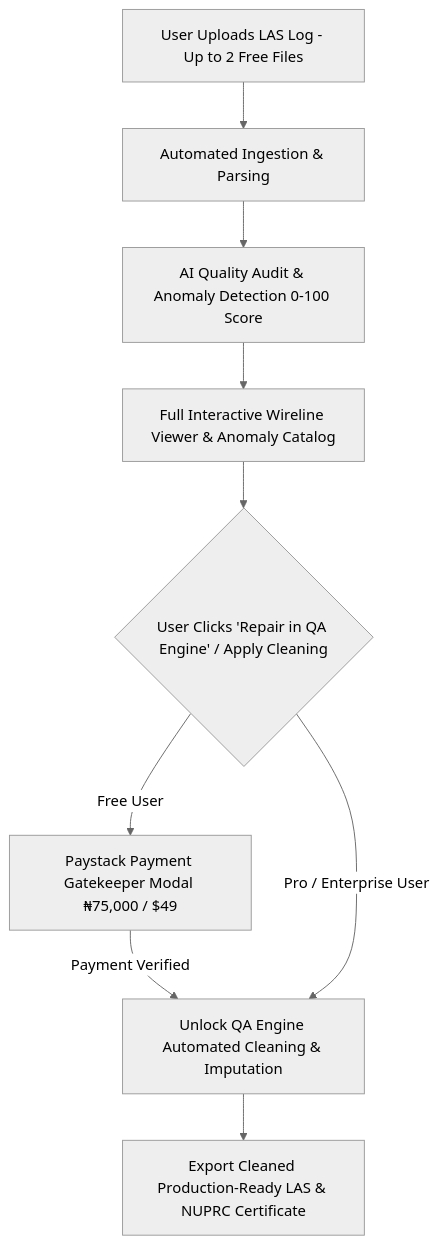
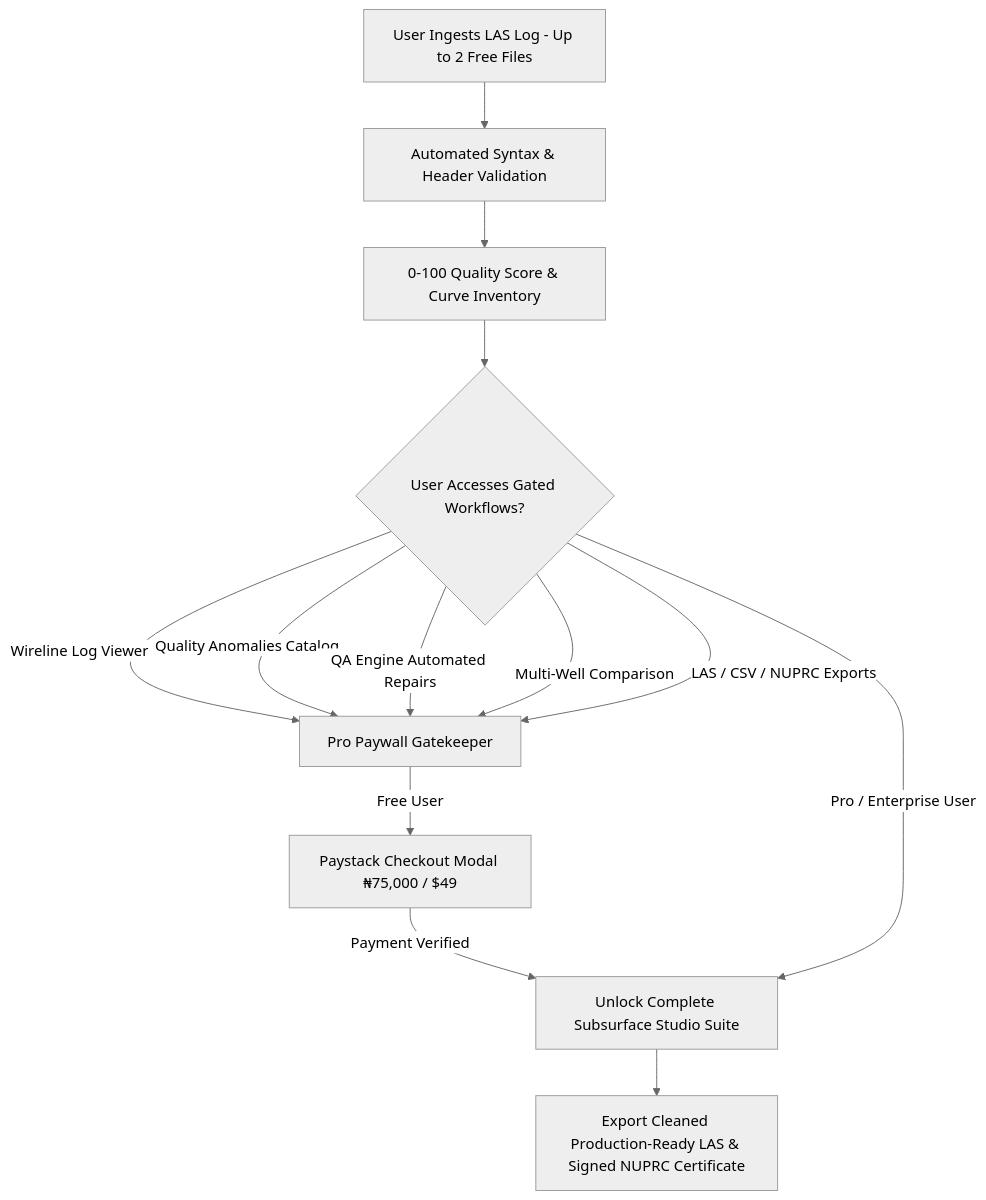
Before and after one commit to 8GUYS/wellqc: the first of 5 diagrams in Documentations/wellqc_business_plan_and_proposal.md, drawn with Mermaid (neutral theme). The commit also changed other lines of this file and 42 other files, not shown here.

````diff
--- a/Documentations/wellqc_business_plan_and_proposal.md
+++ b/Documentations/wellqc_business_plan_and_proposal.md
@@ -28,11 +34,15 @@
 ```mermaid
 graph TD
-    A[User Uploads LAS Log - Up to 2 Free Files] --> B[Automated Ingestion & Parsing]
-    B --> C[AI Quality Audit & Anomaly Detection 0-100 Score]
-    C --> D[Full Interactive Wireline Viewer & Anomaly Catalog]
-    D --> E{User Clicks 'Repair in QA Engine' / Apply Cleaning}
-    E -->|Free User| F[Paystack Payment Gatekeeper Modal ₦75,000 / $49]
-    F -->|Payment Verified| G[Unlock QA Engine Automated Cleaning & Imputation]
-    E -->|Pro / Enterprise User| G
-    G --> H[Export Cleaned Production-Ready LAS & NUPRC Certificate]
+    A[User Ingests LAS Log - Up to 2 Free Files] --> B[Automated Syntax & Header Validation]
+    B --> C[0-100 Quality Score & Curve Inventory]
+    C --> D{User Accesses Gated Workflows?}
+    D -->|Wireline Log Viewer| E[Pro Paywall Gatekeeper]
+    D -->|Quality Anomalies Catalog| E
+    D -->|QA Engine Automated Repairs| E
+    D -->|Multi-Well Comparison| E
+    D -->|LAS / CSV / NUPRC Exports| E
+    E -->|Free User| F[Paystack Checkout Modal ₦75,000 / $49]
+    F -->|Payment Verified| G[Unlock Complete Subsurface Studio Suite]
+    D -->|Pro / Enterprise User| G
+    G --> H[Export Cleaned Production-Ready LAS & Signed NUPRC Certificate]
 ```
````
